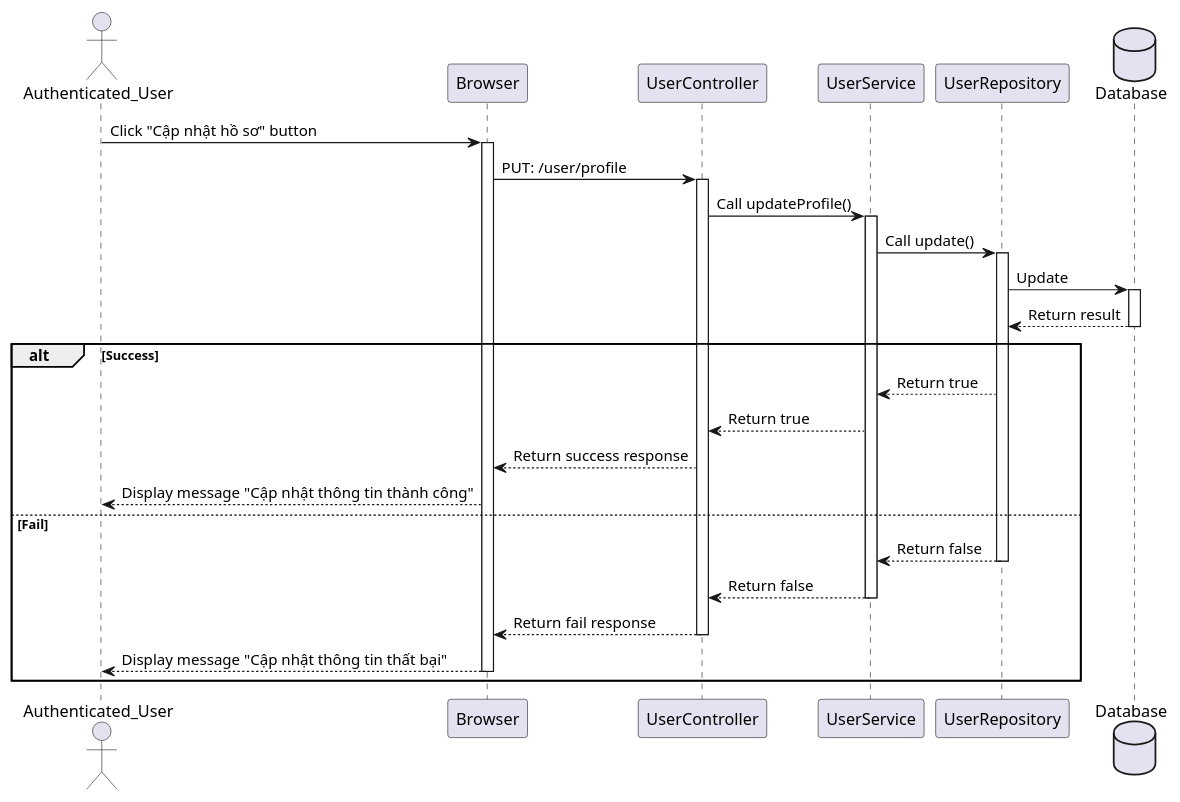
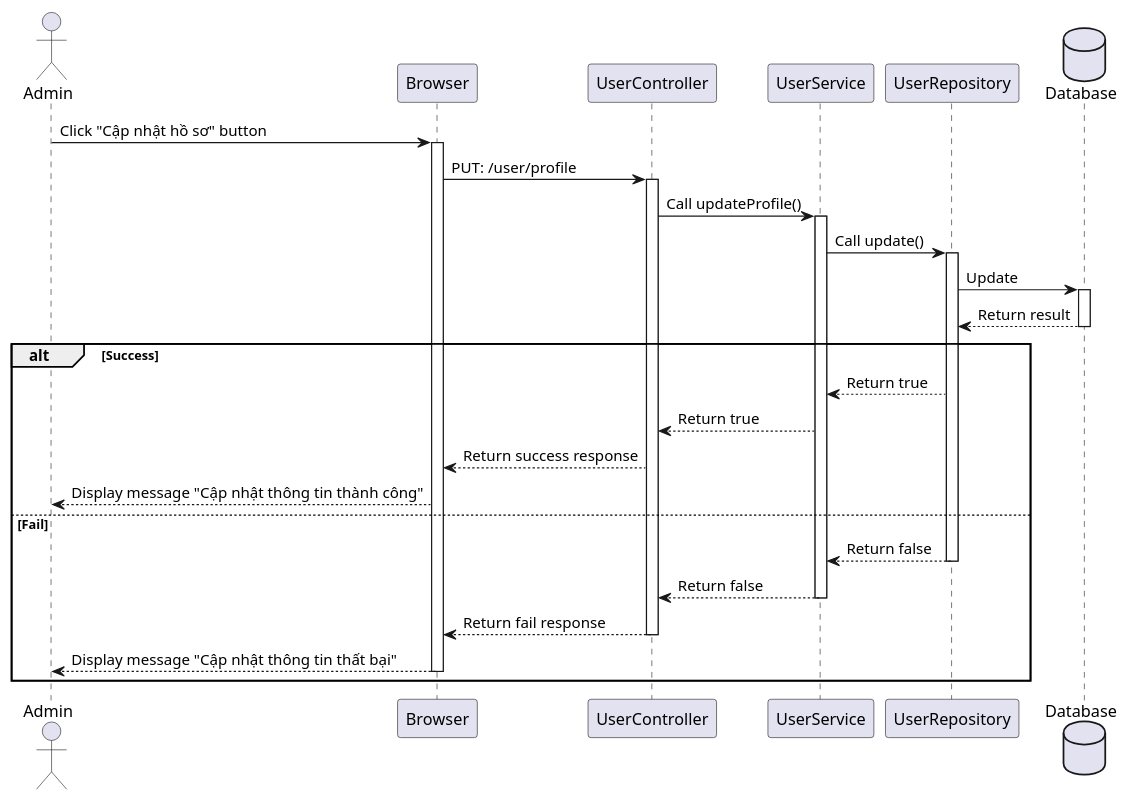
Before and after one commit to ngthanhtuung/ema-server: the diagram in docs/admin/sequence/updateProfile.plantuml, drawn with PlantUML. The commit also changed 11 other files, not shown here.

```diff
--- a/docs/admin/sequence/updateProfile.plantuml
+++ b/docs/admin/sequence/updateProfile.plantuml
@@ -1,28 +1,28 @@
 @startuml
 
-actor Authenticated_User as user 
+actor Admin as user 
 
 participant Browser as a
 participant UserController as b 
 participant UserService as c 
 participant UserRepository as d 
 database Database as e 
 
 user -> a++: Click "Cập nhật hồ sơ" button
 a -> b++: PUT: /user/profile
 b -> c++: Call updateProfile()
 c -> d++: Call update()
 d -> e++: Update
 e --> d--: Return result
 alt Success
     d --> c: Return true
     c --> b: Return true
     b --> a: Return success response
     a --> user: Display message "Cập nhật thông tin thành công"
 else Fail 
     d --> c--: Return false
     c --> b--: Return false
     b --> a--: Return fail response
     a --> user--: Display message "Cập nhật thông tin thất bại"
 end 
 @enduml
```
